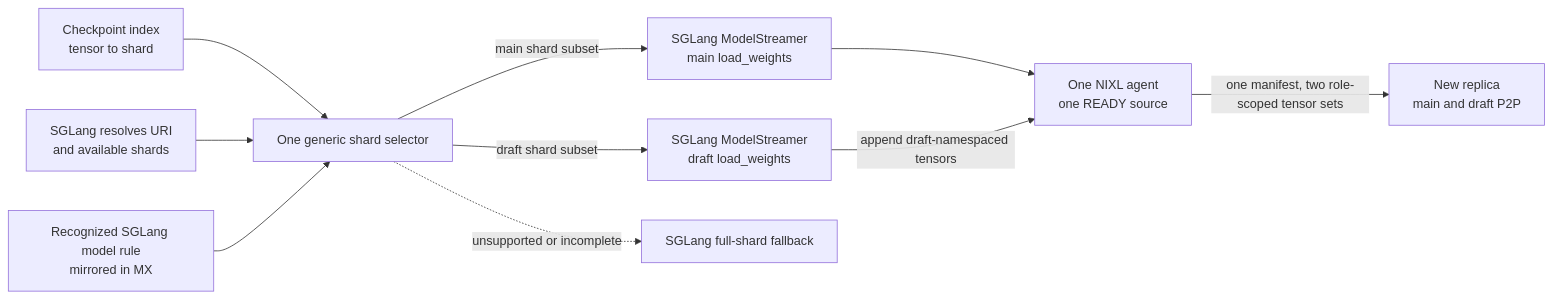
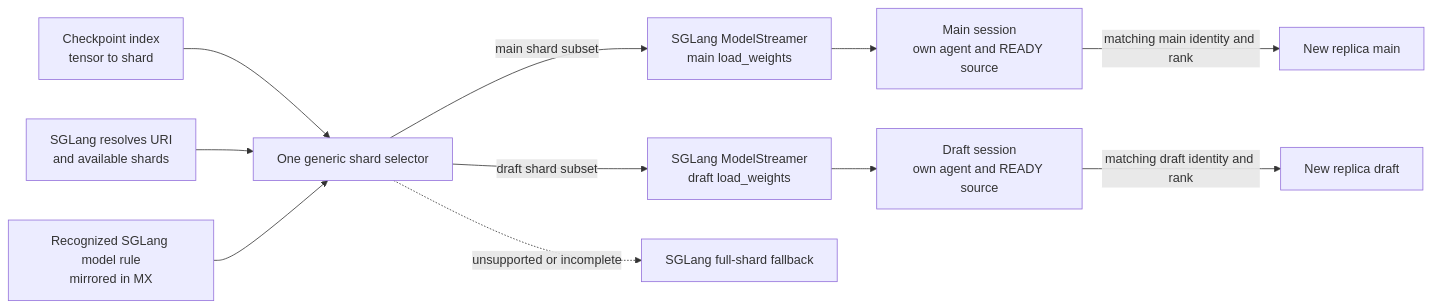
Before and after one commit to ai-dynamo/modelexpress: the third of 4 diagrams in docs/ARCHITECTURE.md, drawn with Mermaid. The commit also changed other lines of this file and 12 other files, not shown here.

First line of the commit message:
feat(sglang): enable independent draft sessions with NIXL

````diff
--- a/docs/ARCHITECTURE.md
+++ b/docs/ARCHITECTURE.md
@@ -847,12 +873,13 @@
 ```mermaid
 flowchart LR
     I[Checkpoint index<br/>tensor to shard] --> S[One generic shard selector]
     R[SGLang resolves URI<br/>and available shards] --> S
     W[Recognized SGLang model rule<br/>mirrored in MX] --> S
     S -->|main shard subset| M[SGLang ModelStreamer<br/>main load_weights]
     S -->|draft shard subset| D[SGLang ModelStreamer<br/>draft load_weights]
     S -. unsupported or incomplete .-> F[SGLang full-shard fallback]
-    M --> P[One NIXL agent<br/>one READY source]
-    D -->|append draft-namespaced tensors| P
-    P -->|one manifest, two role-scoped tensor sets| T[New replica<br/>main and draft P2P]
+    M --> P[Main session<br/>own agent and READY source]
+    D --> Q[Draft session<br/>own agent and READY source]
+    P -->|matching main identity and rank| T[New replica main]
+    Q -->|matching draft identity and rank| U[New replica draft]
 ```
````
